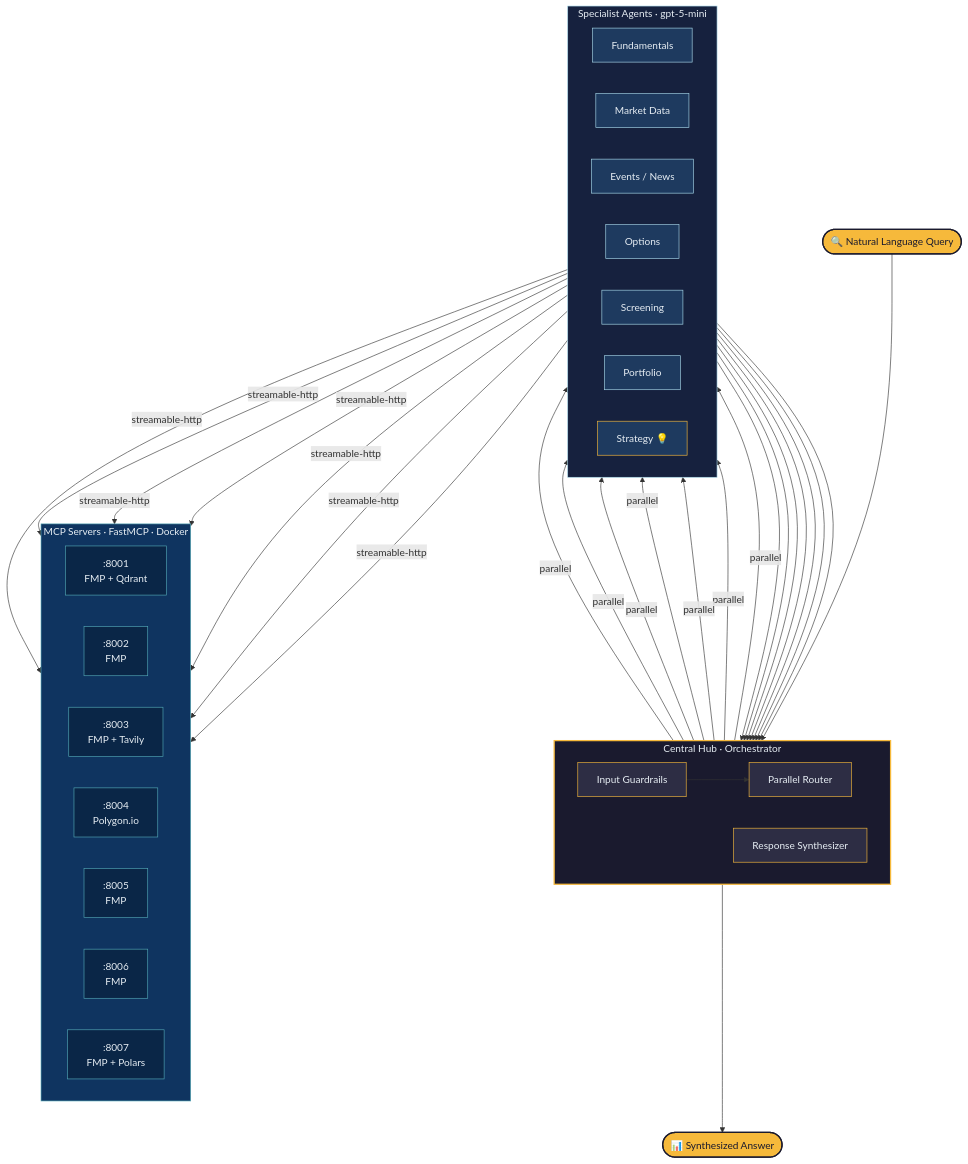
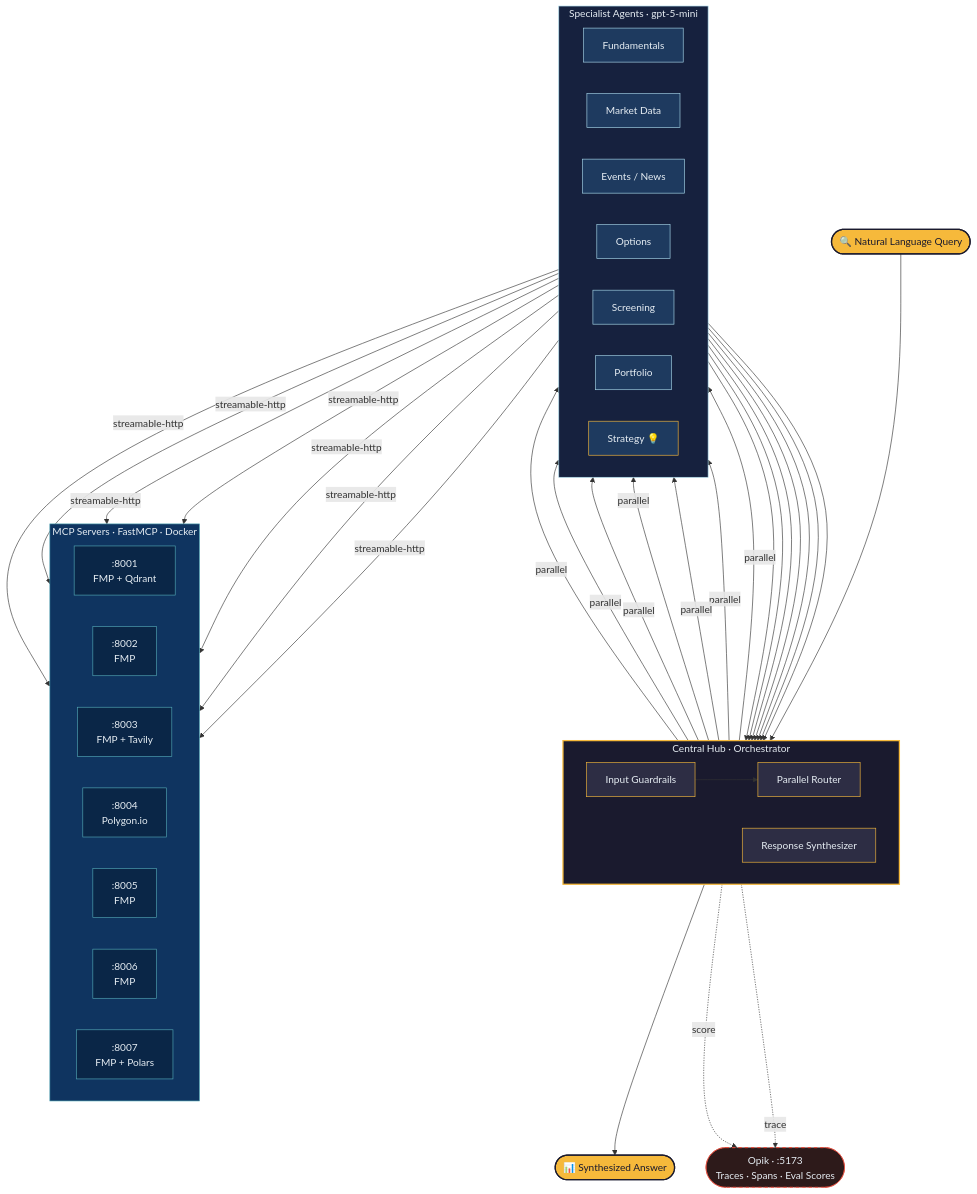
One commit to sixteen-dev/obai changed the diagram in README.md. Above: the diagram before and after it, drawn with Mermaid. The commit also changed other lines of this file, not shown here.

First line of the commit message:
docs: architecture diagram, Opik observability, Strategy Agent section

````diff
--- a/README.md
+++ b/README.md
@@ -29,75 +29,80 @@
 ```mermaid
 flowchart TB
     User(["🔍 Natural Language Query"])
 
     subgraph hub ["Central Hub · Orchestrator"]
         direction LR
         Guard["Input Guardrails"]
         Router["Parallel Router"]
         Synth["Response Synthesizer"]
     end
 
     subgraph agents ["Specialist Agents · gpt-5-mini"]
         direction LR
         A1["Fundamentals"]
         A2["Market Data"]
         A3["Events / News"]
         A4["Options"]
         A5["Screening"]
         A6["Portfolio"]
         A7["Strategy 💡"]
     end
 
     subgraph mcp ["MCP Servers · FastMCP · Docker"]
         direction LR
         S1[":8001\nFMP + Qdrant"]
         S2[":8002\nFMP"]
         S3[":8003\nFMP + Tavily"]
         S4[":8004\nPolygon.io"]
         S5[":8005\nFMP"]
         S6[":8006\nFMP"]
         S7[":8007\nFMP + Polars"]
     end
 
     User --> Guard --> Router
 
     Router -->|parallel| A1 & A2 & A3 & A4 & A5 & A6 & A7
 
     A1 -->|streamable-http| S1
     A2 -->|streamable-http| S2
     A3 -->|streamable-http| S3
     A4 -->|streamable-http| S4
     A5 -->|streamable-http| S5
     A6 -->|streamable-http| S6
     A7 -->|streamable-http| S7
 
     A1 & A2 & A3 & A4 & A5 & A6 & A7 --> Synth
     Synth --> Response(["📊 Synthesized Answer"])
 
+    Opik(["Opik · :5173\nTraces · Spans · Eval Scores"])
+    Router -.->|trace| Opik
+    Synth -.->|score| Opik
+
     style hub fill:#1a1a2e,stroke:#F6B93B,stroke-width:2px,color:#E6EDF3
     style agents fill:#16213e,stroke:#A8D8EA,stroke-width:1px,color:#E6EDF3
     style mcp fill:#0f3460,stroke:#53a8b6,stroke-width:1px,color:#E6EDF3
 
     style Guard fill:#2d2d44,stroke:#F6B93B,color:#E6EDF3
     style Router fill:#2d2d44,stroke:#F6B93B,color:#E6EDF3
     style Synth fill:#2d2d44,stroke:#F6B93B,color:#E6EDF3
 
     style A1 fill:#1e3a5f,stroke:#A8D8EA,color:#E6EDF3
     style A2 fill:#1e3a5f,stroke:#A8D8EA,color:#E6EDF3
     style A3 fill:#1e3a5f,stroke:#A8D8EA,color:#E6EDF3
     style A4 fill:#1e3a5f,stroke:#A8D8EA,color:#E6EDF3
     style A5 fill:#1e3a5f,stroke:#A8D8EA,color:#E6EDF3
     style A6 fill:#1e3a5f,stroke:#A8D8EA,color:#E6EDF3
     style A7 fill:#1e3a5f,stroke:#F6B93B,color:#E6EDF3
 
     style S1 fill:#0a2647,stroke:#53a8b6,color:#E6EDF3
     style S2 fill:#0a2647,stroke:#53a8b6,color:#E6EDF3
     style S3 fill:#0a2647,stroke:#53a8b6,color:#E6EDF3
     style S4 fill:#0a2647,stroke:#53a8b6,color:#E6EDF3
     style S5 fill:#0a2647,stroke:#53a8b6,color:#E6EDF3
     style S6 fill:#0a2647,stroke:#53a8b6,color:#E6EDF3
     style S7 fill:#0a2647,stroke:#53a8b6,color:#E6EDF3
 
     style User fill:#F6B93B,stroke:#1a1a2e,color:#1a1a2e,stroke-width:2px
     style Response fill:#F6B93B,stroke:#1a1a2e,color:#1a1a2e,stroke-width:2px
+    style Opik fill:#2d1a1a,stroke:#e74c3c,stroke-dasharray:5 5,color:#E6EDF3
 ```
````
